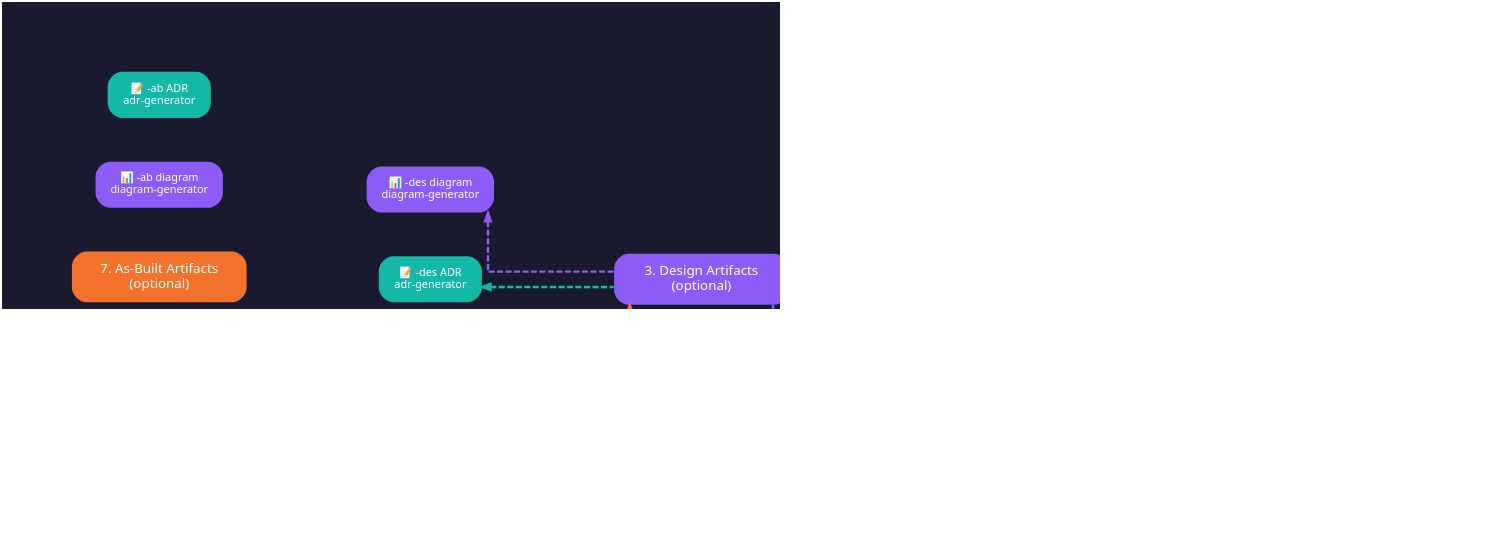
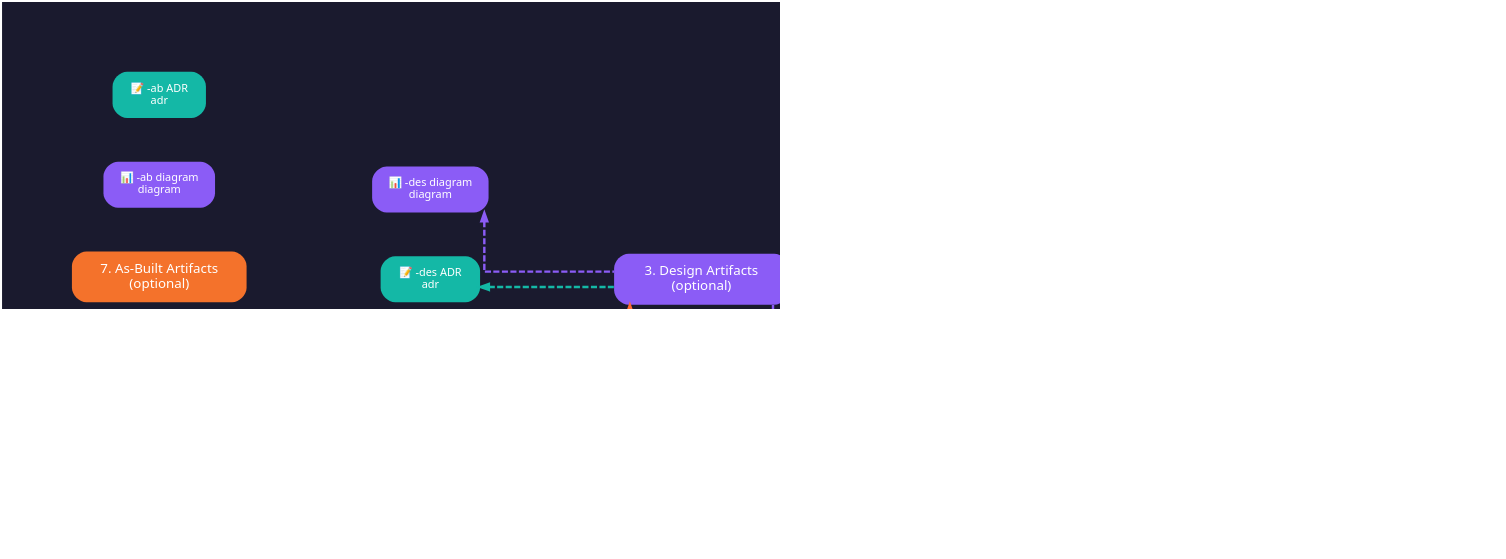
One commit to SmitaCnovate/azure-agentic-infraops changed the diagram in docs/_superseded/diagrams/workflow/workflow_numbered.dot. Above: the diagram before and after it, drawn with Graphviz. The commit also changed 102 other files, not shown here.

```diff
--- a/docs/_superseded/diagrams/workflow/workflow_numbered.dot
+++ b/docs/_superseded/diagrams/workflow/workflow_numbered.dot
@@ -1,165 +1,165 @@
 
 digraph AgenticInfraOps {
     // Graph settings - WIDESCREEN HORIZONTAL
     graph [
         bgcolor="#1a1a2e"
         fontcolor="white"
         fontname="Segoe UI, Arial, sans-serif"
         pad="0.8"
         splines="ortho"
         nodesep="0.5"
         ranksep="0.9"
         rankdir="LR"
         dpi="150"
         newrank="true"
     ]
     
     node [
         fontname="Segoe UI, Arial, sans-serif"
         fontsize="11"
         fontcolor="white"
         style="filled,rounded"
         shape="box"
         penwidth="0"
         margin="0.2,0.12"
     ]
     
     edge [
         color="#64748b"
         fontcolor="#94a3b8"
         fontname="Segoe UI, Arial, sans-serif"
         fontsize="9"
         penwidth="2"
         arrowsize="0.7"
     ]
 
     // ============================================
     // STEP 1: PLAN
     // ============================================
     step1 [
         label="1. Plan\n@plan"
         fillcolor="#0078D4"
         width="1.5"
     ]
 
     // ============================================
     // STEP 2: ARCHITECTURE
     // ============================================
     step2 [
-        label="2. Architect\nazure-principal-architect"
+        label="2. Architect\narchitect"
         fillcolor="#FF6B35"
         width="2.4"
     ]
 
     // ============================================
     // STEP 3: DESIGN ARTIFACTS (Optional)
     // ============================================
     step3 [
         label="3. Design Artifacts\n(optional)"
         fillcolor="#8b5cf6"
         width="2.0"
         style="filled,rounded,dashed"
     ]
     
     step3a [
-        label="📊 -des diagram\ndiagram-generator"
+        label="📊 -des diagram\ndiagram"
         fillcolor="#8b5cf6"
         fontsize="9"
     ]
     
     step3b [
-        label="📝 -des ADR\nadr-generator"
+        label="📝 -des ADR\nadr"
         fillcolor="#14b8a6"
         fontsize="9"
     ]
 
     // ============================================
     // STEP 4: PLAN INFRASTRUCTURE
     // ============================================
     step4 [
         label="4. Plan Infrastructure\nbicep-plan"
         fillcolor="#10b981"
         width="2.0"
     ]
     
     step4opt [
         label="🔒 Governance\nAzure Policy"
         fillcolor="#06b6d4"
         fontsize="9"
     ]
 
     // ============================================
     // STEP 5: CODE GENERATION
     // ============================================
     step5 [
-        label="5. Generate Code\nbicep-implement"
+        label="5. Generate Code\nbicep-code"
         fillcolor="#ec4899"
         width="2.0"
     ]
 
     // ============================================
     // STEP 6: DEPLOY
     // ============================================
     step6 [
         label="6. Deploy\nDeploy Agent"
         fillcolor="#f4722b"
         width="2.0"
     ]
 
     // ============================================
     // STEP 7: AS-BUILT ARTIFACTS (Optional)
     // ============================================
     step7 [
         label="7. As-Built Artifacts\n(optional)"
         fillcolor="#f4722b"
         width="2.0"
         style="filled,rounded,dashed"
     ]
     
     step7a [
-        label="📊 -ab diagram\ndiagram-generator"
+        label="📊 -ab diagram\ndiagram"
         fillcolor="#8b5cf6"
         fontsize="9"
     ]
     
     step7b [
-        label="📝 -ab ADR\nadr-generator"
+        label="📝 -ab ADR\nadr"
         fillcolor="#14b8a6"
         fontsize="9"
     ]
 
     // ============================================
     // MAIN FLOW (solid arrows)
     // ============================================
     step1 -> step2 [color="#0078D4" penwidth="2.5"]
     step2 -> step3 [color="#FF6B35" style="dashed" penwidth="2"]
     step2 -> step4 [color="#FF6B35" penwidth="2.5"]
     step3 -> step4 [color="#8b5cf6" style="dashed" penwidth="2"]
     step4 -> step5 [color="#10b981" penwidth="2.5"]
     step5 -> step6 [color="#ec4899" style="dashed" penwidth="2"]
 
     // ============================================
     // OPTIONAL CONNECTIONS (dashed arrows)
     // ============================================
     // Step 3 optional tools
     step3a -> step3 [style="dashed" color="#8b5cf6" dir="back"]
     step3b -> step3 [style="dashed" color="#14b8a6" dir="back"]
     
     // Step 4 governance
     step4opt -> step4 [style="dashed" color="#06b6d4" dir="back"]
     
     // Step 6 optional tools
     step6a -> step6 [style="dashed" color="#8b5cf6" dir="back"]
     step6b -> step6 [style="dashed" color="#14b8a6" dir="back"]
 
     // ============================================
     // LAYOUT HINTS
     // ============================================
     { rank=same; step3a; step3b }
     { rank=same; step4opt }
     { rank=same; step6a; step6b }
     
     // Invisible edges for vertical alignment
     step3a -> step3b [style="invis"]
     step6a -> step6b [style="invis"]
 }
```
